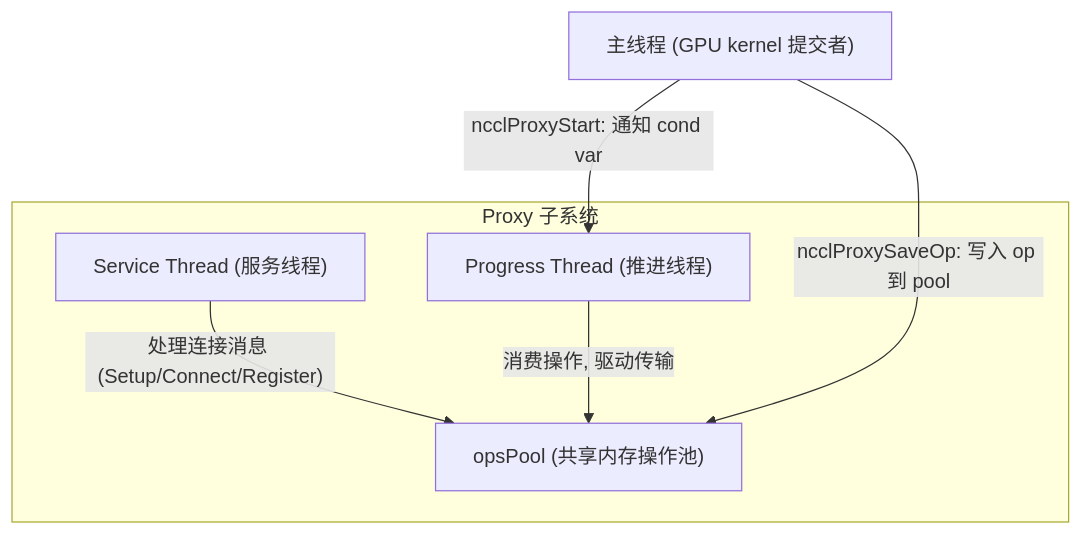
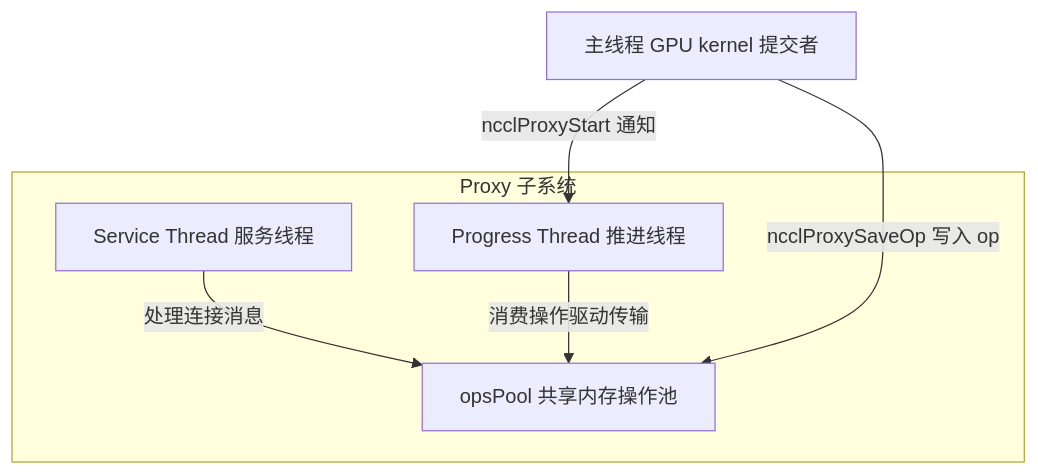
The sixth of 10 diagrams in AI Infra相关/nccl/nccl通信流程分析.md (carlvinhust2012/MyStudy), drawn with Mermaid before and after one commit. The commit also changed other lines of this file, not shown here.

Commit message:
update the nccl file

````diff
--- a/AI Infra相关/nccl/nccl通信流程分析.md
+++ b/AI Infra相关/nccl/nccl通信流程分析.md
@@ -339,15 +330,15 @@
 ```mermaid
 graph TB
-    subgraph "Proxy 子系统"
-        ST["Service Thread (服务线程)"]
-        PT["Progress Thread (推进线程)"]
-        Pool["opsPool (共享内存操作池)"]
+    subgraph Proxy 子系统
+        ST["Service Thread 服务线程"]
+        PT["Progress Thread 推进线程"]
+        Pool["opsPool 共享内存操作池"]
 
-        ST -->|"处理连接消息 (Setup/Connect/Register)"| Pool
-        PT -->|"消费操作, 驱动传输"| Pool
+        ST -->|"处理连接消息"| Pool
+        PT -->|"消费操作驱动传输"| Pool
     end
 
-    Main["主线程 (GPU kernel 提交者)"]
-    Main -->|"ncclProxySaveOp: 写入 op 到 pool"| Pool
-    Main -->|"ncclProxyStart: 通知 cond var"| PT
+    Main["主线程 GPU kernel 提交者"]
+    Main -->|"ncclProxySaveOp 写入 op"| Pool
+    Main -->|"ncclProxyStart 通知"| PT
 ```
````
